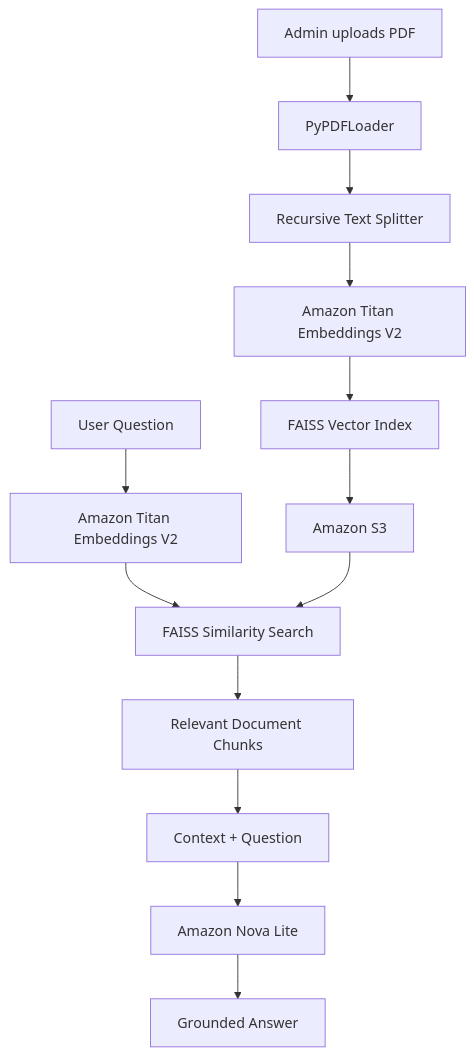
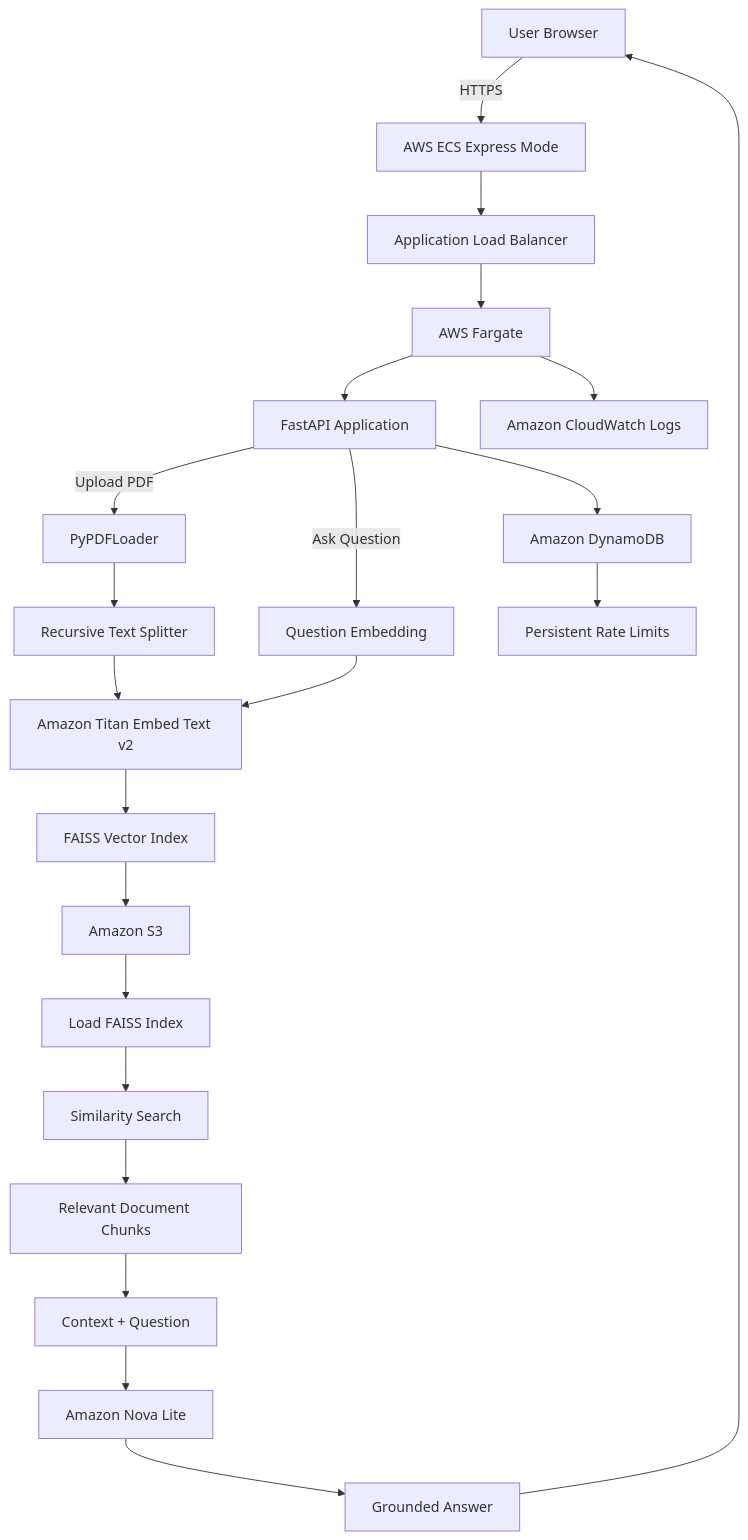
Before and after one commit to Padmore-Nana-Prempeh/bedrock-rag-document-assistant: the diagram in README.md, drawn with Mermaid. The commit also changed other lines of this file, not shown here.

Commit message:
Update README with production AWS deployment

````diff
--- a/README.md
+++ b/README.md
@@ -13,16 +39,28 @@
 ```mermaid
 flowchart TD
-    A[Admin uploads PDF] --> B[PyPDFLoader]
-    B --> C[Recursive Text Splitter]
-    C --> D[Amazon Titan Embeddings V2]
-    D --> E[FAISS Vector Index]
-    E --> F[Amazon S3]
+    A[User Browser] -->|HTTPS| B[AWS ECS Express Mode]
+    B --> C[Application Load Balancer]
+    C --> D[AWS Fargate]
+    D --> E[FastAPI Application]
 
-    G[User Question] --> H[Amazon Titan Embeddings V2]
-    H --> I[FAISS Similarity Search]
-    F --> I
-    I --> J[Relevant Document Chunks]
-    J --> K[Context + Question]
-    K --> L[Amazon Nova Lite]
-    L --> M[Grounded Answer]
+    E -->|Upload PDF| F[PyPDFLoader]
+    F --> G[Recursive Text Splitter]
+    G --> H[Amazon Titan Embed Text v2]
+    H --> I[FAISS Vector Index]
+    I --> J[Amazon S3]
+
+    E -->|Ask Question| K[Question Embedding]
+    K --> H
+    J --> L[Load FAISS Index]
+    L --> M[Similarity Search]
+    M --> N[Relevant Document Chunks]
+    N --> O[Context + Question]
+    O --> P[Amazon Nova Lite]
+    P --> Q[Grounded Answer]
+    Q --> A
+
+    E --> R[Amazon DynamoDB]
+    R --> S[Persistent Rate Limits]
+
+    D --> T[Amazon CloudWatch Logs]
 ```
````
